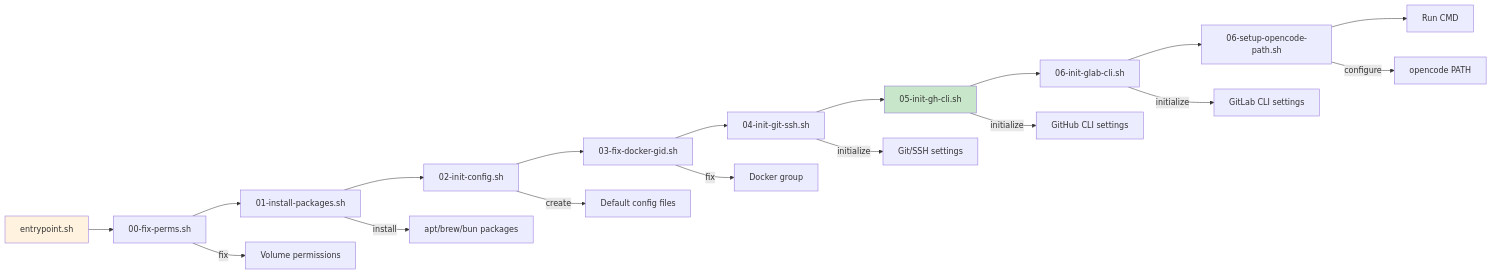
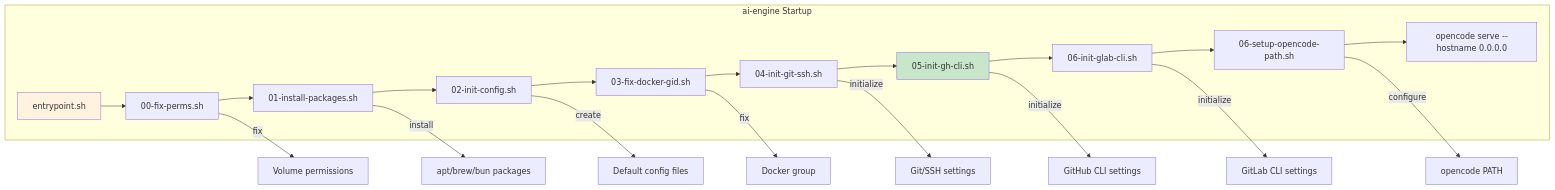
The ninth of 10 diagrams in docs/ARCHITECTURE.md (tryweb/ai-engkit), drawn with Mermaid before and after one commit. The commit also changed other lines of this file and 10 other files, not shown here.

````diff
--- a/docs/ARCHITECTURE.md
+++ b/docs/ARCHITECTURE.md
@@ -323,24 +363,26 @@
 ```mermaid
 flowchart LR
-    A["entrypoint.sh"] --> B["00-fix-perms.sh"]
-    B --> C["01-install-packages.sh"]
-    C --> D["02-init-config.sh"]
-    D --> E["03-fix-docker-gid.sh"]
-    E --> F["04-init-git-ssh.sh"]
-    F --> G["05-init-gh-cli.sh"]
-    G --> GA["06-init-glab-cli.sh"]
-    GA --> GB["06-setup-opencode-path.sh"]
-    GB --> H["Run CMD"]
+    subgraph "ai-engine Startup"
+        A["entrypoint.sh"] --> B["00-fix-perms.sh"]
+        B --> C["01-install-packages.sh"]
+        C --> D["02-init-config.sh"]
+        D --> E["03-fix-docker-gid.sh"]
+        E --> F["04-init-git-ssh.sh"]
+        F --> G["05-init-gh-cli.sh"]
+        G --> GA["06-init-glab-cli.sh"]
+        GA --> GB["06-setup-opencode-path.sh"]
+        GB --> H["opencode serve --hostname 0.0.0.0"]
+    end
 
     B -->|"fix"| PERMS["Volume permissions"]
     C -->|"install"| PKGS["apt/brew/bun packages"]
     D -->|"create"| CONFIGS["Default config files"]
     E -->|"fix"| DOCKER["Docker group"]
     F -->|"initialize"| GITSETUP["Git/SSH settings"]
     G -->|"initialize"| GH_SETUP["GitHub CLI settings"]
     GA -->|"initialize"| GLAB_SETUP["GitLab CLI settings"]
     GB -->|"configure"| PATH_SETUP["opencode PATH"]
 
     style A fill:#fff3e0
     style G fill:#c8e6c9
 ```
````
